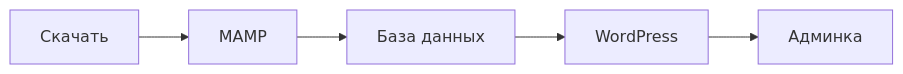
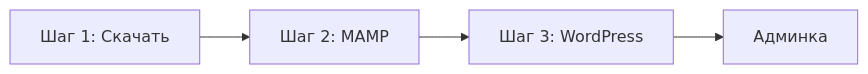
The diagram in docs/local/README.md (aleksandr-mazhul/mamp-wordpress-guide), drawn with Mermaid before and after one commit. The commit also changed other lines of this file and 26 other files, not shown here.

````diff
--- a/docs/local/README.md
+++ b/docs/local/README.md
@@ -5,7 +5,6 @@
 ```mermaid
 flowchart LR
-    A[Скачать] --> B[MAMP]
-    B --> C[База данных]
-    C --> D[WordPress]
-    D --> E[Админка]
+    A[Шаг 1: Скачать] --> B[Шаг 2: MAMP]
+    B --> C[Шаг 3: WordPress]
+    C --> D[Админка]
 ```
````
